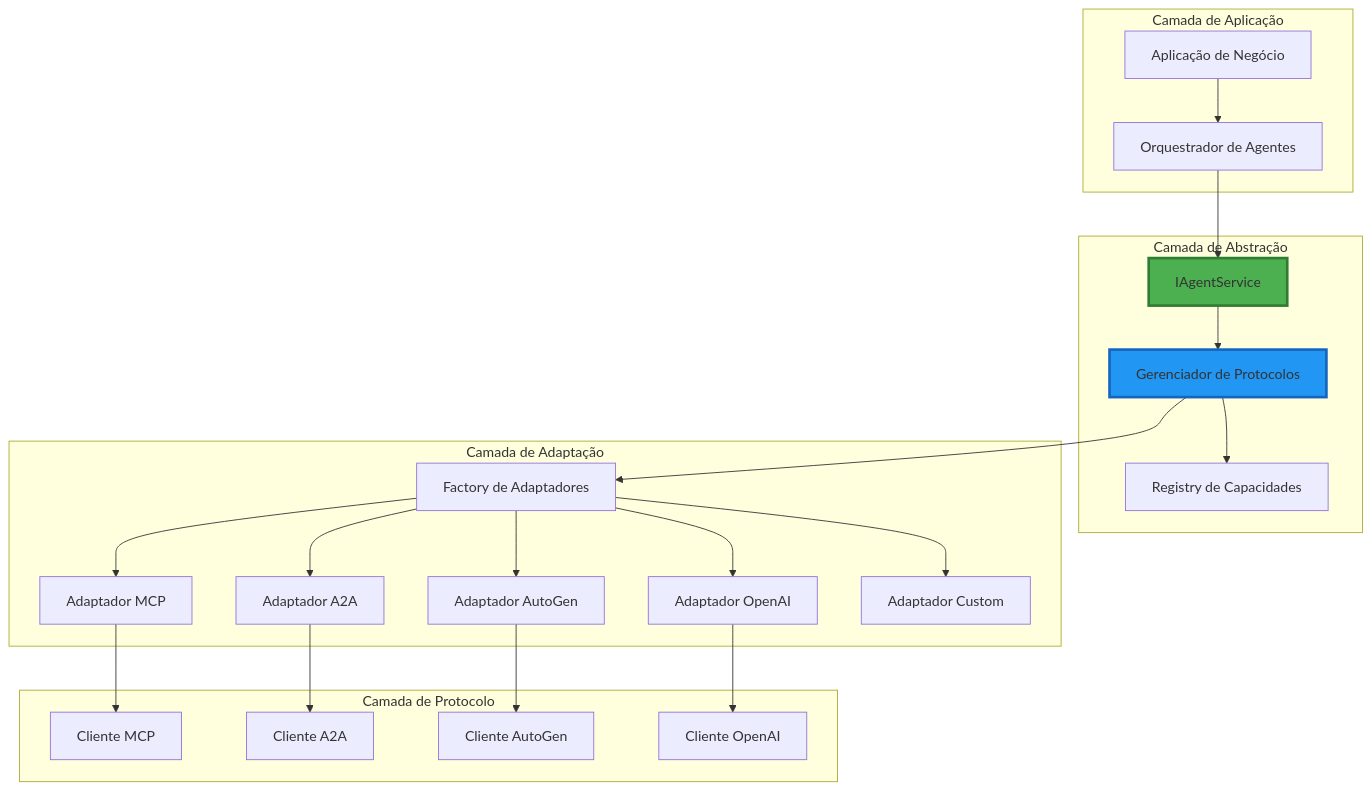
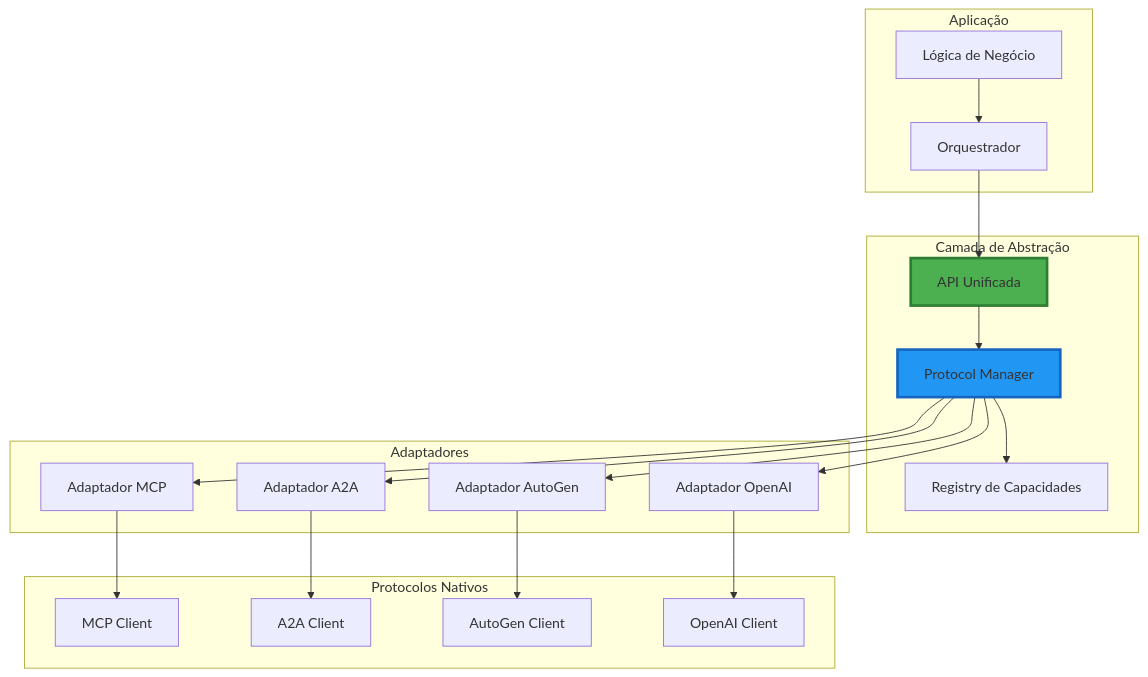
Before and after one commit to felipepimentel/my-public-notes: the second of 7 diagrams in docs/AI/Comunicação/00-ai-comunicação-design docs.md, drawn with Mermaid. The commit also changed other lines of this file, not shown here.

````diff
--- a/docs/AI/Comunicação/00-ai-comunicação-design docs.md
+++ b/docs/AI/Comunicação/00-ai-comunicação-design docs.md
@@ -66,49 +48,44 @@
 ```mermaid
 graph TB
-    subgraph "Camada de Aplicação"
-        App[Aplicação de Negócio]
-        Orchestrator[Orquestrador de Agentes]
+    subgraph "Aplicação"
+        BL[Lógica de Negócio]
+        ORC[Orquestrador]
     end
     
     subgraph "Camada de Abstração"
-        AgentInterface[IAgentService]
-        ProtocolManager[Gerenciador de Protocolos]
-        Registry[Registry de Capacidades]
+        API[API Unificada]
+        PM[Protocol Manager]
+        REG[Registry de Capacidades]
     end
     
-    subgraph "Camada de Adaptação"
-        AdapterFactory[Factory de Adaptadores]
-        MCPAdapter[Adaptador MCP]
-        A2AAdapter[Adaptador A2A]
-        AutoGenAdapter[Adaptador AutoGen]
-        OpenAIAdapter[Adaptador OpenAI]
-        CustomAdapter[Adaptador Custom]
+    subgraph "Adaptadores"
+        MCPA[Adaptador MCP]
+        A2AA[Adaptador A2A]
+        AGA[Adaptador AutoGen]
+        OAA[Adaptador OpenAI]
     end
     
-    subgraph "Camada de Protocolo"
-        MCPClient[Cliente MCP]
-        A2AClient[Cliente A2A]
-        AutoGenClient[Cliente AutoGen]
-        OpenAIClient[Cliente OpenAI]
+    subgraph "Protocolos Nativos"
+        MCP[MCP Client]
+        A2A[A2A Client]
+        AG[AutoGen Client]
+        OA[OpenAI Client]
     end
     
-    App --> Orchestrator
-    Orchestrator --> AgentInterface
-    AgentInterface --> ProtocolManager
-    ProtocolManager --> Registry
-    ProtocolManager --> AdapterFactory
+    BL --> ORC
+    ORC --> API
+    API --> PM
+    PM --> REG
+    PM --> MCPA
+    PM --> A2AA
+    PM --> AGA
+    PM --> OAA
     
-    AdapterFactory --> MCPAdapter
-    AdapterFactory --> A2AAdapter
-    AdapterFactory --> AutoGenAdapter
-    AdapterFactory --> OpenAIAdapter
-    AdapterFactory --> CustomAdapter
+    MCPA --> MCP
+    A2AA --> A2A
+    AGA --> AG
+    OAA --> OA
     
-    MCPAdapter --> MCPClient
-    A2AAdapter --> A2AClient
-    AutoGenAdapter --> AutoGenClient
-    OpenAIAdapter --> OpenAIClient
-    
-    style AgentInterface fill:#4CAF50,stroke:#2E7D32,stroke-width:3px
-    style ProtocolManager fill:#2196F3,stroke:#1565C0,stroke-width:3px
+    style API fill:#4CAF50,stroke:#2E7D32,stroke-width:3px
+    style PM fill:#2196F3,stroke:#1565C0,stroke-width:3px
 ```
````
